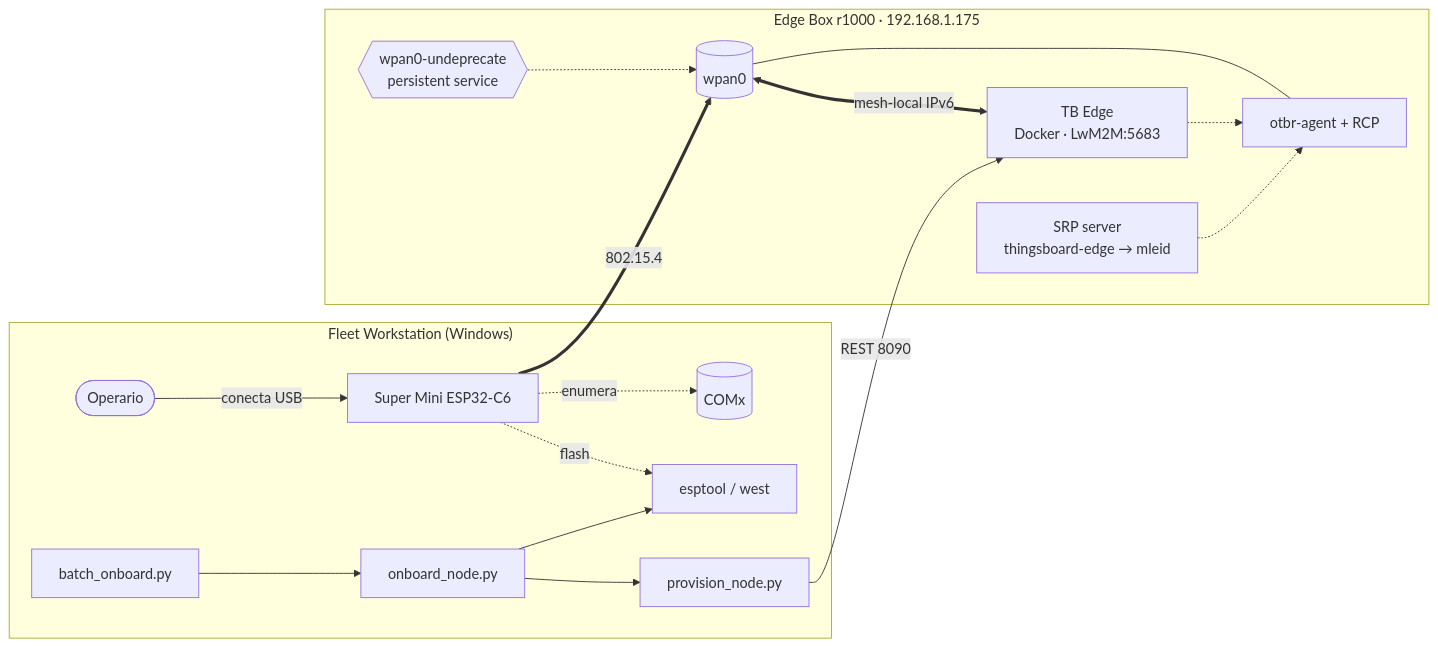
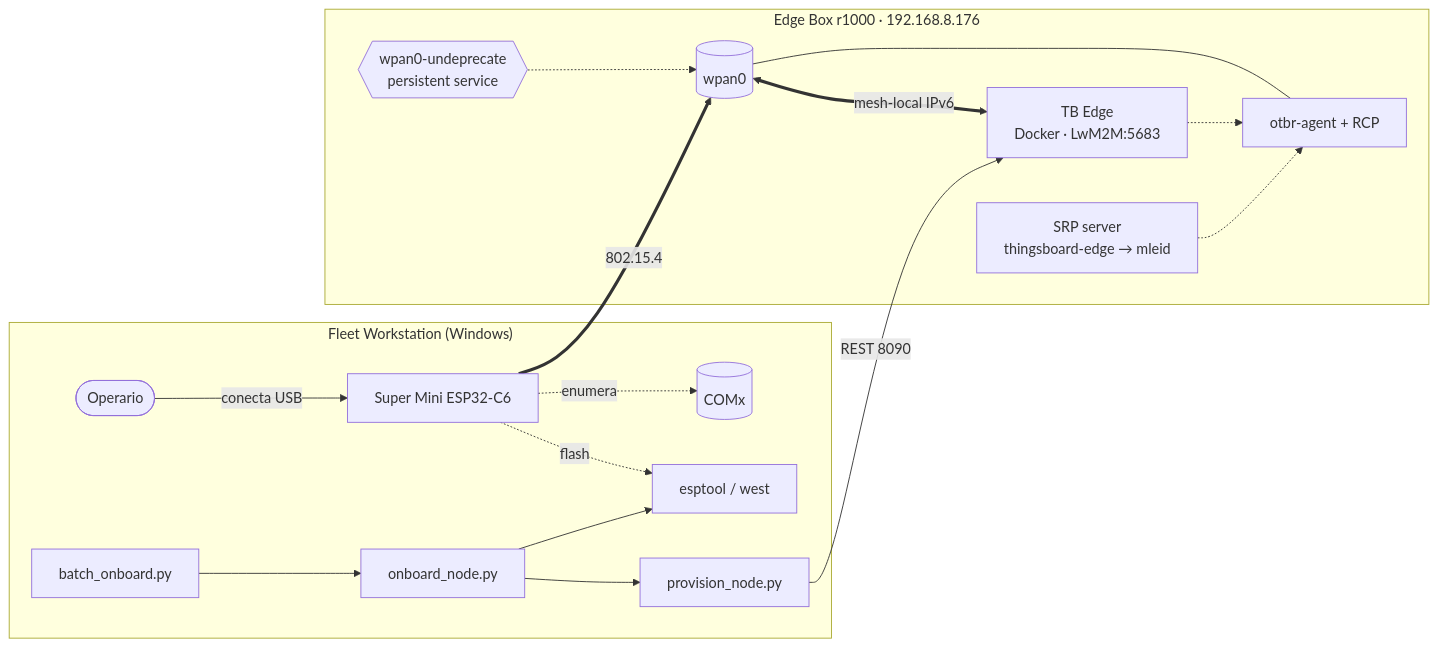
The first of 8 diagrams in docs/E2E_PROCEDURE.md (jsebgiraldo/ami-lwm2m-node), drawn with Mermaid before and after one commit. The commit also changed other lines of this file and 43 other files, not shown here.

````diff
--- a/docs/E2E_PROCEDURE.md
+++ b/docs/E2E_PROCEDURE.md
@@ -66,23 +66,23 @@
 ```mermaid
 flowchart LR
     subgraph FW["Fleet Workstation (Windows)"]
         OP([Operario]) -- conecta USB --> SM[Super Mini ESP32-C6]
         SM -. enumera .-> COM[(COMx)]
         BO[batch_onboard.py] --> ON[onboard_node.py]
         ON --> EH[esptool / west]
         ON --> PR[provision_node.py]
     end
 
     SM -. flash .-> EH
     PR -- REST 8090 --> TB
 
-    subgraph EDGE["Edge Box r1000 · 192.168.1.175"]
+    subgraph EDGE["Edge Box r1000 · 192.168.8.176"]
         OTBR[otbr-agent + RCP] --- WPAN[(wpan0)]
         SRP[SRP server<br/>thingsboard-edge → mleid] -.-> OTBR
         TB[TB Edge<br/>Docker · LwM2M:5683] -.-> OTBR
         HP{{wpan0-undeprecate<br/>persistent service}} -.-> WPAN
     end
 
     SM == 802.15.4 ==> WPAN
     WPAN <== mesh-local IPv6 ==> TB
 ```
````
